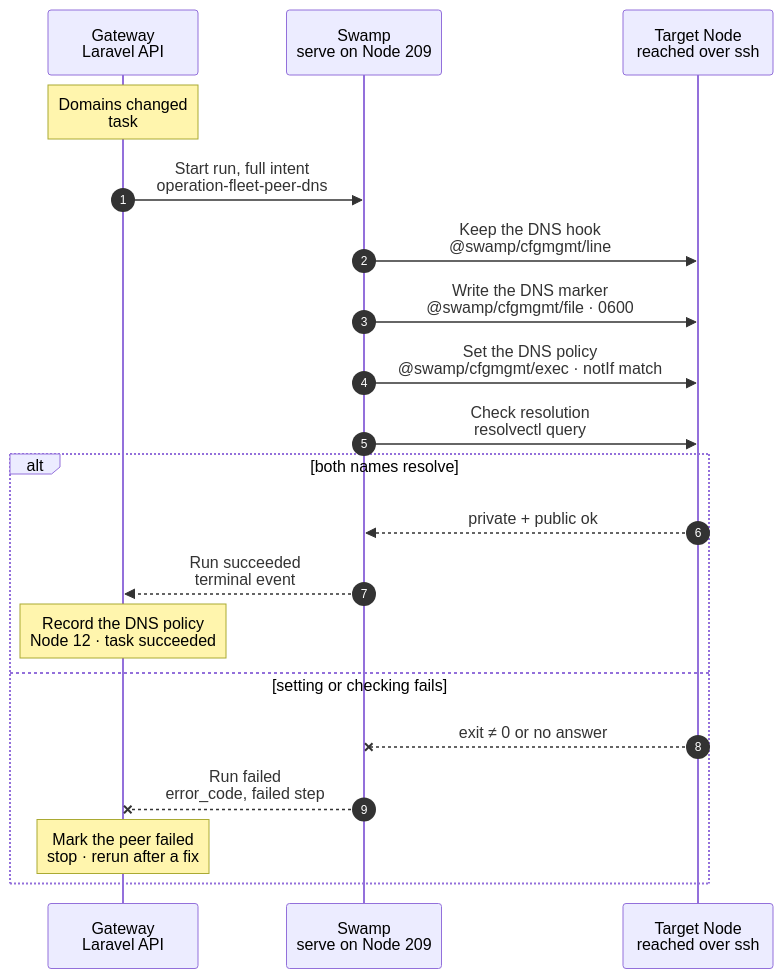
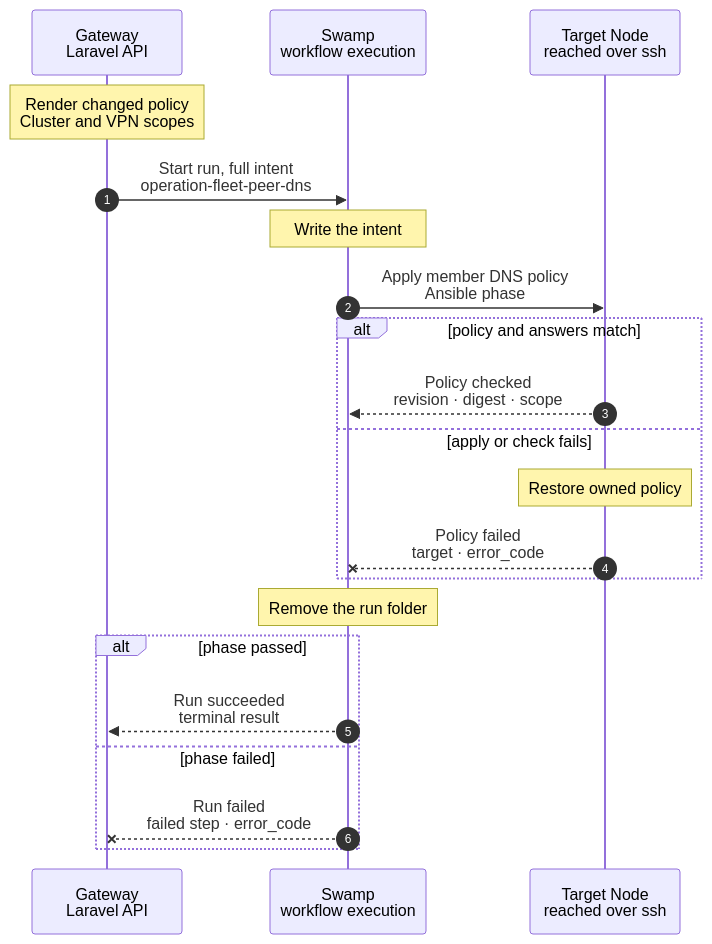
Before and after one commit to hardimpactdev/orbit: the diagram in docs/cli/fleet/peer-dns.mmd, drawn with Mermaid. The commit also changed 13 other files, not shown here.

Commit message:
docs(dns): design Cluster router resolvers before VPN cutover

```diff
--- a/docs/cli/fleet/peer-dns.mmd
+++ b/docs/cli/fleet/peer-dns.mmd
@@ -1,75 +1,66 @@
 sequenceDiagram
-  %% Target design: ADR 0244 task, DECISIONS and R1-R4, agent-observer-swamp-acts, single-swamp-node. docs/reference/private-dns.md#resolver-selection.
-  %% Tightened: flow-tighten 2026-11-02, rules 6, 20, 22 (the live policy's match guards the set; the end check resolves names).
-  %% Ported 2026-11-03: the tunnel runs as wg-quick, so the PostUp hook and marker persist the policy, not a networkd drop-in.
+  %% Target design: ADR 0248 Cluster router resolver amendment; one shared member policy for peer reconcile, converge and Cluster lifecycle.
+  %% Tightened: flow-tighten rules 6, 22, 27, 28: persistence, live apply and check form one Ansible phase.
   %% status: draft
-  %% command: none · routing domains change
+  %% command: none · managed DNS policy changes
   %% kind: fleet.peer_dns
   autonumber
   %% lane GW icon=gateway pill=intent tone=blue
   %% lane SW icon=workflow pill=executes tone=green
   %% lane N icon=server pill=target tone=amber
   participant GW as Gateway<br/>Laravel API
-  participant SW as Swamp<br/>serve on Node 209
+  participant SW as Swamp<br/>workflow execution
   participant N as Target Node<br/>reached over ssh
-  Note over GW: Domains changed<br/>task #5163 · peer Node 12
-  %%> When:
-  %%> - Node 12's policy differs from the one its last successful run applied, for example a Node with a new TLD joins or the `vpn` role moves
-  %%> - the Gateway plan names one changed peer at a time; Swamp's minute maintenance admits it once per policy
-  %%> Not included:
-  %%> - no hourly re-run; host drift with an unchanged policy waits for doctor and a reconcile
-  %%> - a full re-apply of Node 12's footprint is `node.converge`, which runs this workflow as a child
+  Note over GW: Render changed policy<br/>Cluster and VPN scopes
   %%> Requirements:
-  %%> - Node 12 is an active managed Linux peer with roles; the `vpn` Node and the Gateway stay out
+  %%> - an active, managed Linux Node with an active Cluster membership and a LAN address selects its Cluster's ready LAN Router, including the Router itself
+  %%> - all other managed peers keep the VPN split policy; unsupported link ownership or a conflicting explicit DNS override refuses before mutation
+  %%> - a roleless member needs managed SSH enrollment, not a workload role; unmanaged devices are reported without claiming convergence
   %%> Result:
-  %%> - task #5163 recorded with the domains, the DNS server and the private name to resolve
+  %%> - a complete per-Node projection, revision and digest, including the public resolver invariant
   GW->>SW: Start run, full intent<br/>operation-fleet-peer-dns
+  %%> Inputs:
+  %%> - LAN server, owned suffixes, remaining VPN domains, probes and pinned SSH connection; no global resolver replacement
+  %%> - the same projection is passed to this phase by the shared DNS publication during a Cluster transition
+  Note over SW: Write the intent
   %%> What it does:
-  %%> - starts one Swamp run on serve (Node 209)
-  %%> Inputs:
-  %%> - the routing domains, such as `~orbit`, the DNS server's WireGuard address and the wg-quick hook line
-  %%> - the private name to resolve, `gateway.orbit`
-  %%> - Node 12's address and SSH host keys; the SSH identity comes from the `swamp` role
-  SW->>N: Keep the DNS hook<br/>@swamp/cfgmgmt/line
+  %%> - ships the playbook and private run file; a matching policy still gets its end check
+  SW->>N: Apply member DNS policy<br/>Ansible phase
+  %%> What it does:
+  %%> - resolves the LAN interface from the recorded LAN address and routing table; validates the active network manager and public DNS path before writing
+  %%> - snapshots only owned policy, persists it through link recreation and reboot, applies live scope selection and flushes affected cached answers
+  %%> - leaves addresses, routes, DHCP, resolv.conf and global resolved settings alone
+  %%> Open:
+  %%> - direct LAN per-link DNS is supported only with a separate public DNS scope; same-link public DNS needs the ADR's scope decision
+  %%> - runtime VPN fallback is a separate open decision; two unequal servers are not an ordered failback mechanism
+  alt policy and answers match
+    %% path: succeeded
+    N-->>SW: Policy checked<br/>revision · digest · scope
+    %%> What it proves:
+    %%> - Cluster A uses LAN and AAAA is NODATA; another private name uses VPN and a public name retains its ordinary resolver
+    %%> - on withdrawal the Cluster suffix uses VPN before LAN policy is removed; no duplicate best-match domain remains
+    %%> - an unchanged policy records a successful skip without a resolver reload
+  else apply or check fails
+    %% path: failed
+    Note over N: Restore owned policy
+    %%> What it does:
+    %%> - restores captured persistent and live settings within the peer lock; leaves later revisions untouched
+    %%> - failed recovery keeps its snapshot and reports dns.rollback_failed; the caller cannot retire the old Router
+    N--xSW: Policy failed<br/>target · error_code
+    %%> Retry:
+    %%> - retain the failed target and repeat after repair; no workload or public DNS configuration is deleted
+  end
+  Note over SW: Remove the run folder
   %%> How:
-  %%> - Swamp reaches Node 12 over SSH from 209
-  %%> What it does:
-  %%> - keeps the Gateway-rendered `PostUp = resolvectl …` line in `orbit.conf`, so the policy returns when the tunnel starts
-  %%> - leaves every other line as it is; changes nothing when the line matches
-  SW->>N: Write the DNS marker<br/>@swamp/cfgmgmt/file · 0600
-  %%> What it does:
-  %%> - records the link, server and domains in `/etc/wireguard/orbit.dns-link`; changes nothing when it matches
-  SW->>N: Set the DNS policy<br/>@swamp/cfgmgmt/exec · notIf match
-  %%> What it does:
-  %%> - one command sets the server and routing domains on `orbit` with `default-route no`; only Orbit names go to VPN DNS
-  %%> When it matches:
-  %%> - the `notIf` guard reads the live `orbit` link; when it already holds the policy, the command does not run
-  SW->>N: Check resolution<br/>resolvectl query
-  %%> What it does:
-  %%> - resolves `gateway.orbit`, which must answer through `orbit`, and `example.com`, which must not
-  %%> Why:
-  %%> - the policy only counts as applied when Node 12 resolves both
-  alt both names resolve
-    N-->>SW: private + public ok
-    %%> Returns:
-    %%> - the check passed
-    SW-->>GW: Run succeeded<br/>terminal event
-    %%> How the Gateway learns it:
-    %%> - its shared run reader sees the terminal event; Swamp never calls the Gateway
-    Note over GW: Record the DNS policy<br/>Node 12 · task succeeded
+  %%> - native completed dependencies wait for the phase, then remove disposable files on either outcome
+  alt phase passed
+    %% path: recorded
+    SW-->>GW: Run succeeded<br/>terminal result
     %%> Result:
-    %%> - task #5163 succeeds and records the applied server and domains
-    %%> - the plan names the next changed peer
-  else setting or checking fails
-    N--xSW: exit ≠ 0 or no answer
-    %%> When:
-    %%> - a write or `resolvectl` refuses, SSH fails, or a name does not resolve where it should
-    SW--xGW: Run failed<br/>error_code, failed step
-    %%> The Gateway reads:
-    %%> - which step failed and its error code
-    Note over GW: Mark the peer failed<br/>stop · rerun after a fix
+    %%> - records the applied policy; lifecycle callers can release their member cleanup barrier
+  else phase failed
+    %% path: refused
+    SW--xGW: Run failed<br/>failed step · error_code
     %%> Result:
-    %%> - task #5163 fails; the plan keeps naming Node 12, so later peers wait
-    %%> Retry:
-    %%> - safe: `orbit:peer-dns-reconcile` admits a new task, and matching steps change nothing
+    %%> - records drift and retains the unfinished transition; no separate member queue owns a Cluster handover
   end
```
